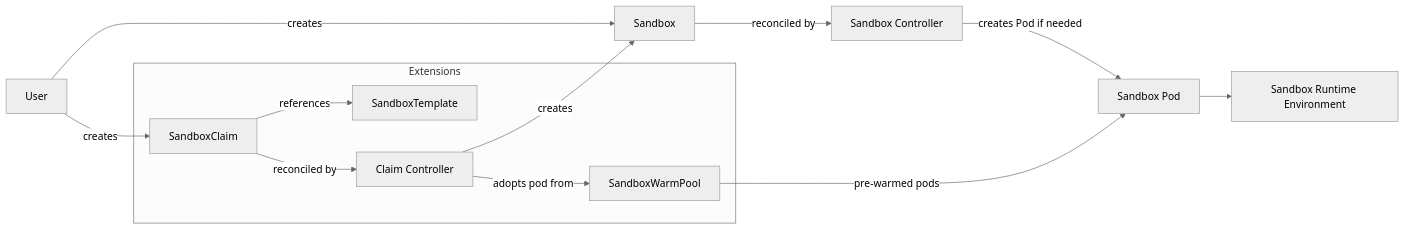
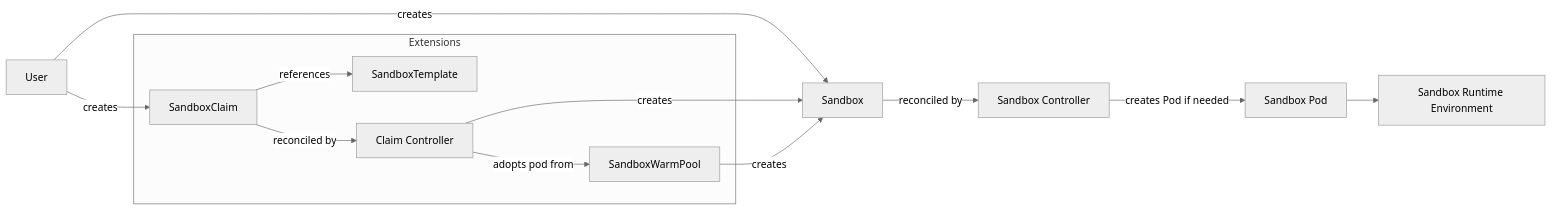
Before and after one commit to kubernetes-sigs/agent-sandbox: the diagram in README.md, drawn with Mermaid (neutral theme).

Commit message:
Update WarmPool relationship in README
Fixes #669

````diff
--- a/README.md
+++ b/README.md
@@ -46,44 +46,44 @@
 ```mermaid
 flowchart LR
 
     User[User]
 
     Claim[SandboxClaim]
     Template[SandboxTemplate]
     Sandbox[Sandbox]
 
     ClaimController[Claim Controller]
     Controller[Sandbox Controller]
 
     Pod[Sandbox Pod]
     Runtime[Sandbox Runtime Environment]
 
     WarmPool[SandboxWarmPool]
 
     subgraph Extensions[Extensions]
       Claim
       Template
       ClaimController
       WarmPool
     end
 
     %% User paths
     User -->|creates| Sandbox
     User -->|creates| Claim
 
     %% Claim workflow
     Claim -->|references| Template
     Claim -->|reconciled by| ClaimController
     ClaimController -->|creates| Sandbox
 
     %% Pod handling
     ClaimController -->|adopts pod from| WarmPool
     Sandbox -->|reconciled by| Controller
     Controller -->|creates Pod if needed| Pod
 
     %% Runtime
     Pod --> Runtime
 
     %% Warm pool
-    WarmPool -->|pre-warmed pods| Pod
+    WarmPool -->|creates| Sandbox
 ```
````
